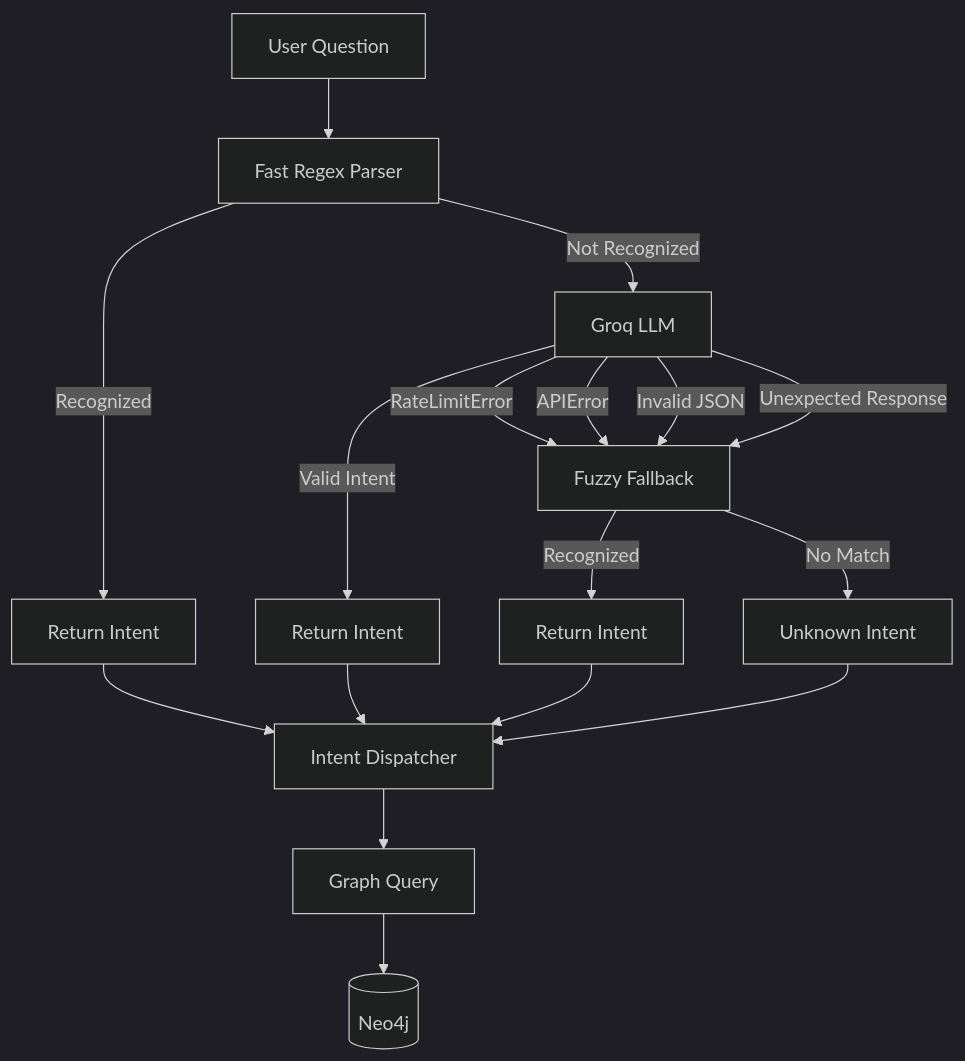
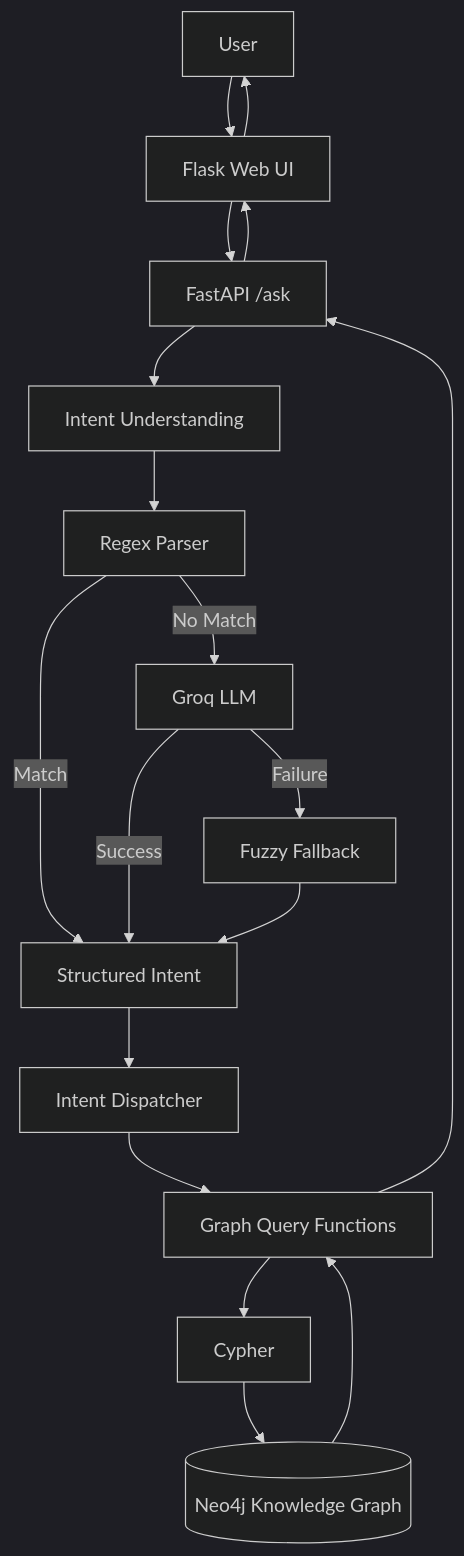
One commit to sydelendure/healthcare-knowledge-graph-assistant changed the first of 4 diagrams in README.md. Above: the diagram before and after it, drawn with Mermaid (dark theme). The commit also changed other lines of this file, not shown here.

````diff
--- a/README.md
+++ b/README.md
@@ -483,29 +20,24 @@
 ```mermaid
 flowchart TD
+    U["User"] --> UI["Flask Web UI"]
+    UI --> API["FastAPI /ask"]
+    API --> NLP["Intent Understanding"]
 
-    Q["User Question"]
+    NLP --> R["Regex Parser"]
+    R -->|Match| I["Structured Intent"]
+    R -->|No Match| L["Groq LLM"]
 
-    Q --> R["Fast Regex Parser"]
+    L -->|Success| I
+    L -->|Failure| F["Fuzzy Fallback"]
+    F --> I
 
-    R -->|Recognized| RI["Return Intent"]
+    I --> D["Intent Dispatcher"]
+    D --> Q["Graph Query Functions"]
+    Q --> C["Cypher"]
+    C --> N[("Neo4j Knowledge Graph")]
 
-    R -->|Not Recognized| L["Groq LLM"]
-
-    L -->|Valid Intent| LI["Return Intent"]
-
-    L -->|RateLimitError| F["Fuzzy Fallback"]
-    L -->|APIError| F
-    L -->|Invalid JSON| F
-    L -->|Unexpected Response| F
-
-    F -->|Recognized| FI["Return Intent"]
-    F -->|No Match| U["Unknown Intent"]
-
-    RI --> D["Intent Dispatcher"]
-    LI --> D
-    FI --> D
-    U --> D
-
-    D --> G["Graph Query"]
-    G --> N[("Neo4j")]
+    N --> Q
+    Q --> API
+    API --> UI
+    UI --> U
 ```
````
